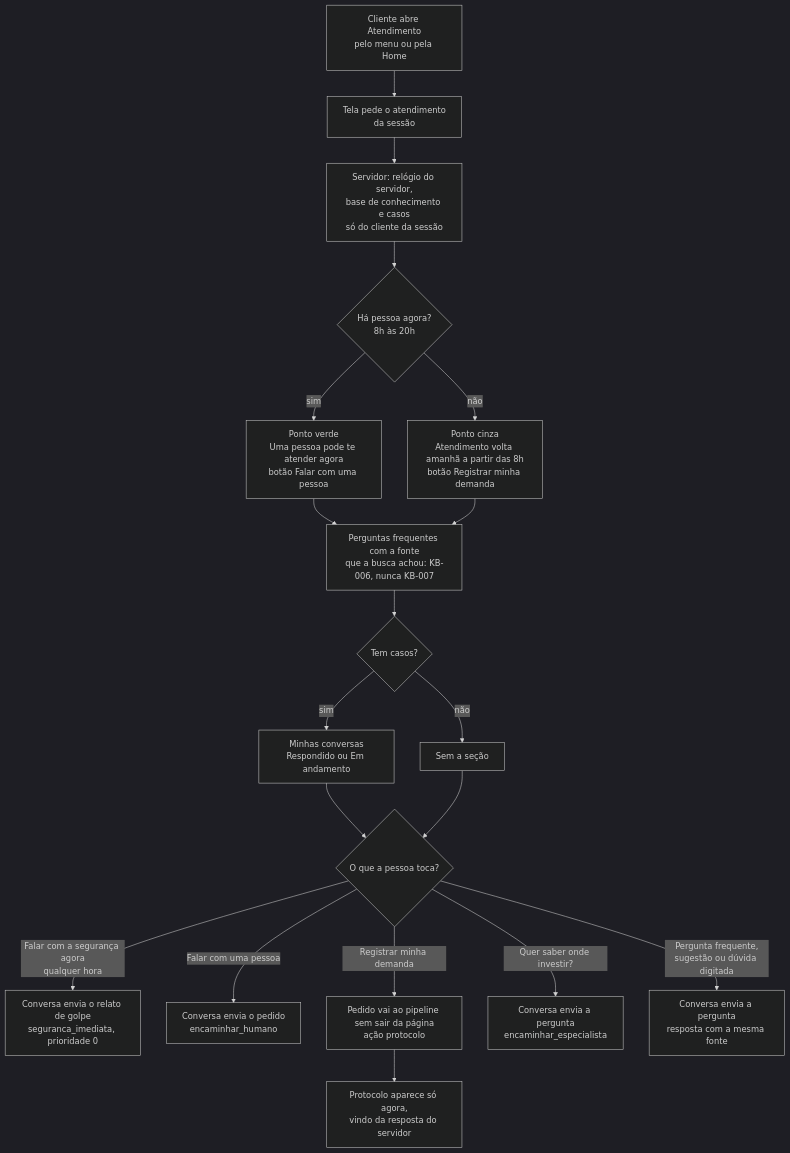
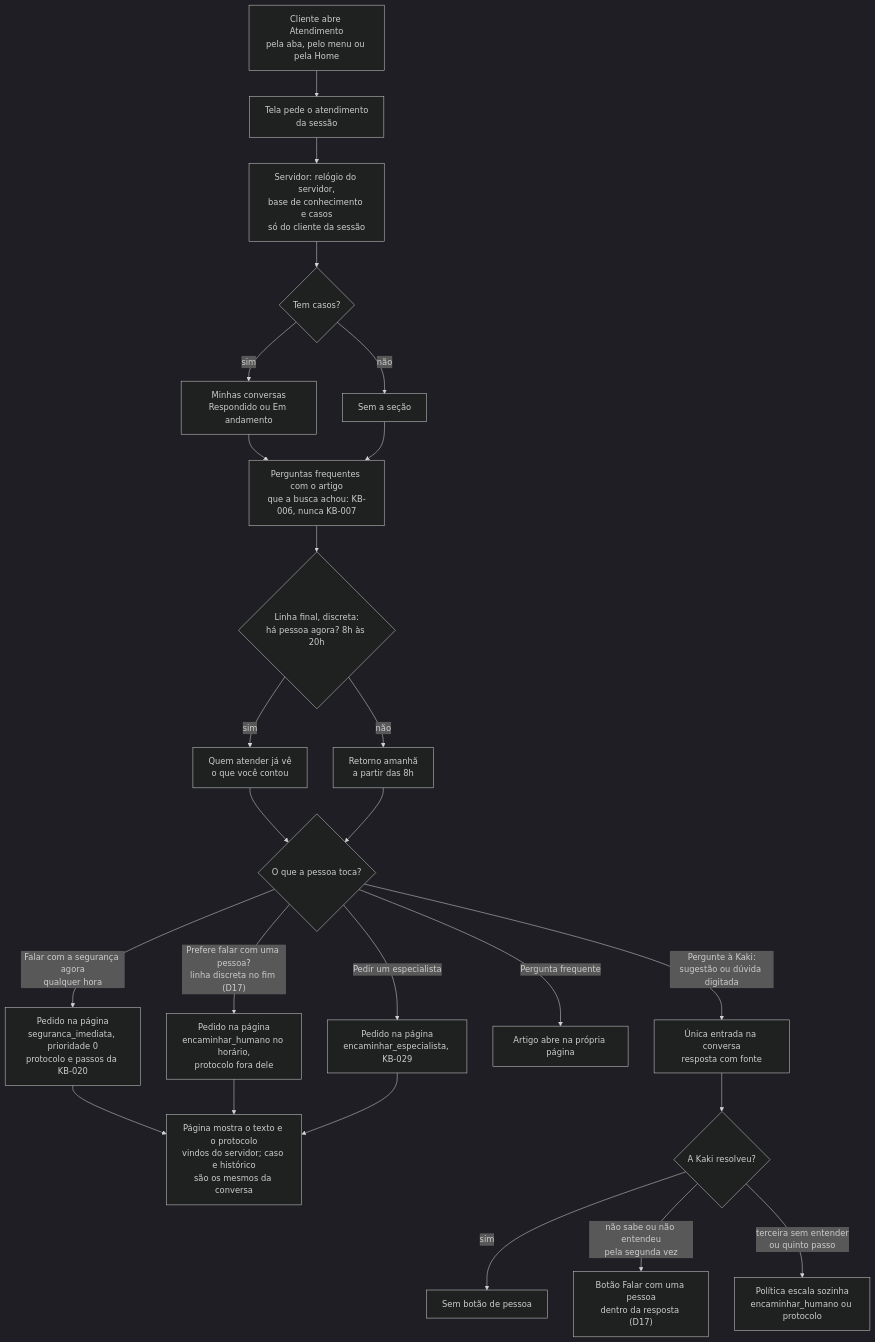
The diagram in documentation/diagrams/fluxo-atendimento.md (KainanGuerra/caqui-avenue), drawn with Mermaid (dark theme) before and after one commit. The commit also changed other lines of this file and 68 other files, not shown here.

````diff
--- a/documentation/diagrams/fluxo-atendimento.md
+++ b/documentation/diagrams/fluxo-atendimento.md
@@ -5,21 +5,27 @@
 ```mermaid
 flowchart TD
-    A["Cliente abre Atendimento<br/>pelo menu ou pela Home"] --> B["Tela pede o atendimento<br/>da sessão"]
+    A["Cliente abre Atendimento<br/>pela aba, pelo menu ou pela Home"] --> B["Tela pede o atendimento<br/>da sessão"]
     B --> C["Servidor: relógio do servidor,<br/>base de conhecimento e casos<br/>só do cliente da sessão"]
-    C --> D{"Há pessoa agora?<br/>8h às 20h"}
-    D -->|sim| E["Ponto verde<br/>Uma pessoa pode te atender agora<br/>botão Falar com uma pessoa"]
-    D -->|não| F["Ponto cinza<br/>Atendimento volta amanhã a partir das 8h<br/>botão Registrar minha demanda"]
-    E --> G["Perguntas frequentes com a fonte<br/>que a busca achou: KB-006, nunca KB-007"]
-    F --> G
-    G --> H{"Tem casos?"}
+    C --> H{"Tem casos?"}
     H -->|sim| I["Minhas conversas<br/>Respondido ou Em andamento"]
     H -->|não| J["Sem a seção"]
-    I --> K{"O que a pessoa toca?"}
-    J --> K
-    K -->|"Falar com a segurança agora<br/>qualquer hora"| L["Conversa envia o relato de golpe<br/>seguranca_imediata, prioridade 0"]
-    K -->|"Falar com uma pessoa"| M["Conversa envia o pedido<br/>encaminhar_humano"]
-    K -->|"Registrar minha demanda"| N["Pedido vai ao pipeline sem sair da página<br/>ação protocolo"]
-    N --> O["Protocolo aparece só agora,<br/>vindo da resposta do servidor"]
-    K -->|"Quer saber onde investir?"| P["Conversa envia a pergunta<br/>encaminhar_especialista"]
-    K -->|"Pergunta frequente,<br/>sugestão ou dúvida digitada"| Q["Conversa envia a pergunta<br/>resposta com a mesma fonte"]
+    I --> G["Perguntas frequentes com o artigo<br/>que a busca achou: KB-006, nunca KB-007"]
+    J --> G
+    G --> D{"Linha final, discreta:<br/>há pessoa agora? 8h às 20h"}
+    D -->|sim| E["Quem atender já vê<br/>o que você contou"]
+    D -->|não| F["Retorno amanhã<br/>a partir das 8h"]
+    E --> K{"O que a pessoa toca?"}
+    F --> K
+    K -->|"Falar com a segurança agora<br/>qualquer hora"| L["Pedido na página<br/>seguranca_imediata, prioridade 0<br/>protocolo e passos da KB-020"]
+    K -->|"Prefere falar com uma pessoa?<br/>linha discreta no fim (D17)"| M["Pedido na página<br/>encaminhar_humano no horário,<br/>protocolo fora dele"]
+    K -->|"Pedir um especialista"| P["Pedido na página<br/>encaminhar_especialista, KB-029"]
+    L --> O["Página mostra o texto e o protocolo<br/>vindos do servidor; caso e histórico<br/>são os mesmos da conversa"]
+    M --> O
+    P --> O
+    K -->|"Pergunta frequente"| R["Artigo abre na própria página"]
+    K -->|"Pergunte à Kaki:<br/>sugestão ou dúvida digitada"| Q["Única entrada na conversa<br/>resposta com fonte"]
+    Q --> S{"A Kaki resolveu?"}
+    S -->|sim| T["Sem botão de pessoa"]
+    S -->|"não sabe ou não entendeu<br/>pela segunda vez"| U["Botão Falar com uma pessoa<br/>dentro da resposta (D17)"]
+    S -->|"terceira sem entender<br/>ou quinto passo"| V["Política escala sozinha<br/>encaminhar_humano ou protocolo"]
 ```
````
